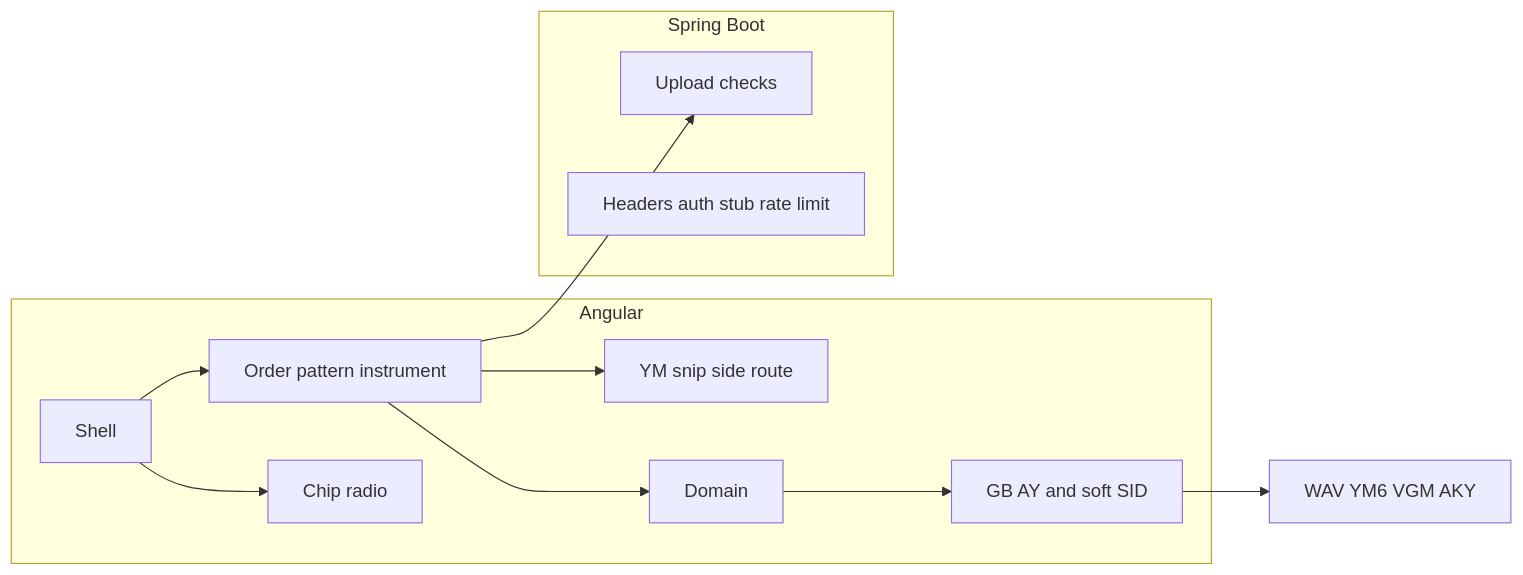
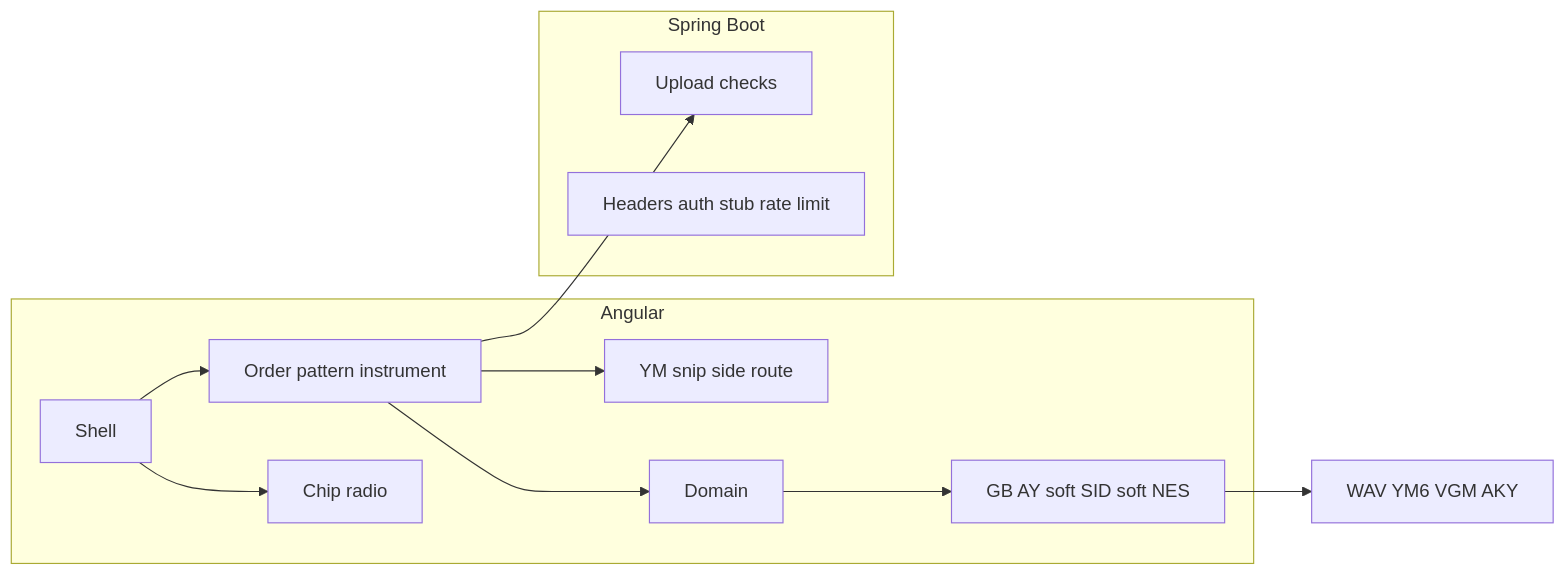
The diagram in README.md (b-mag/chippy), drawn with Mermaid before and after one commit. The commit also changed other lines of this file and 22 other files, not shown here.

````diff
--- a/README.md
+++ b/README.md
@@ -57,22 +57,22 @@
 ```mermaid
 flowchart LR
   subgraph ui [Angular]
     Shell[Shell]
     Tracker[Order pattern instrument]
     Radio[Chip radio]
     Listen[YM snip side route]
     Domain[Domain]
-    Engines[GB AY and soft SID]
+    Engines[GB AY soft SID soft NES]
   end
   subgraph api [Spring Boot]
     Validate[Upload checks]
     Security[Headers auth stub rate limit]
   end
   Shell --> Tracker
   Shell --> Radio
   Tracker --> Listen
   Tracker --> Domain
   Domain --> Engines
   Engines --> Exports[WAV YM6 VGM AKY]
   Tracker --> Validate
 ```
````
